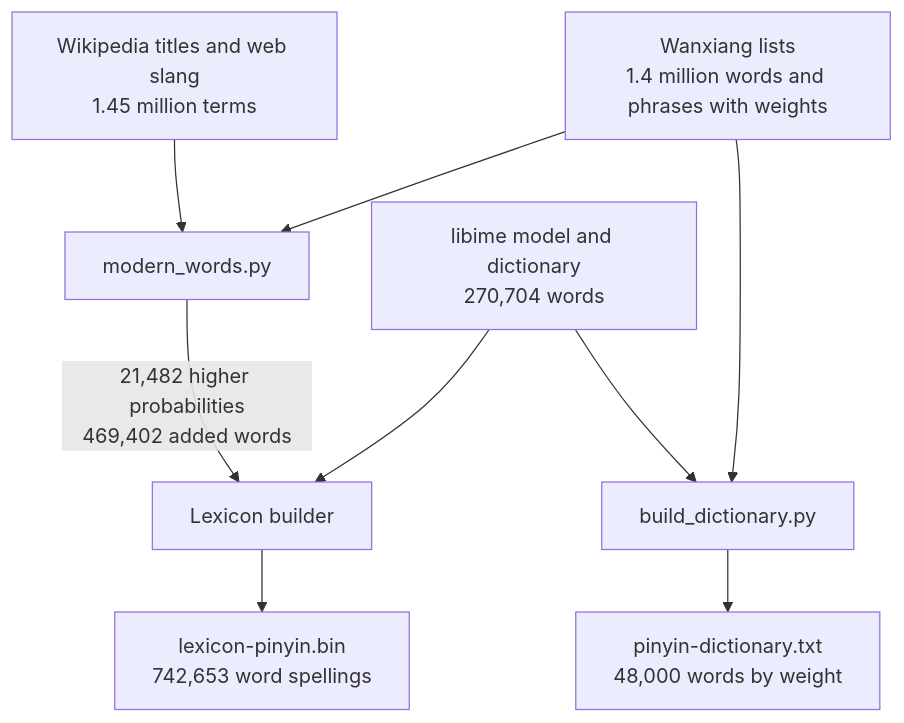
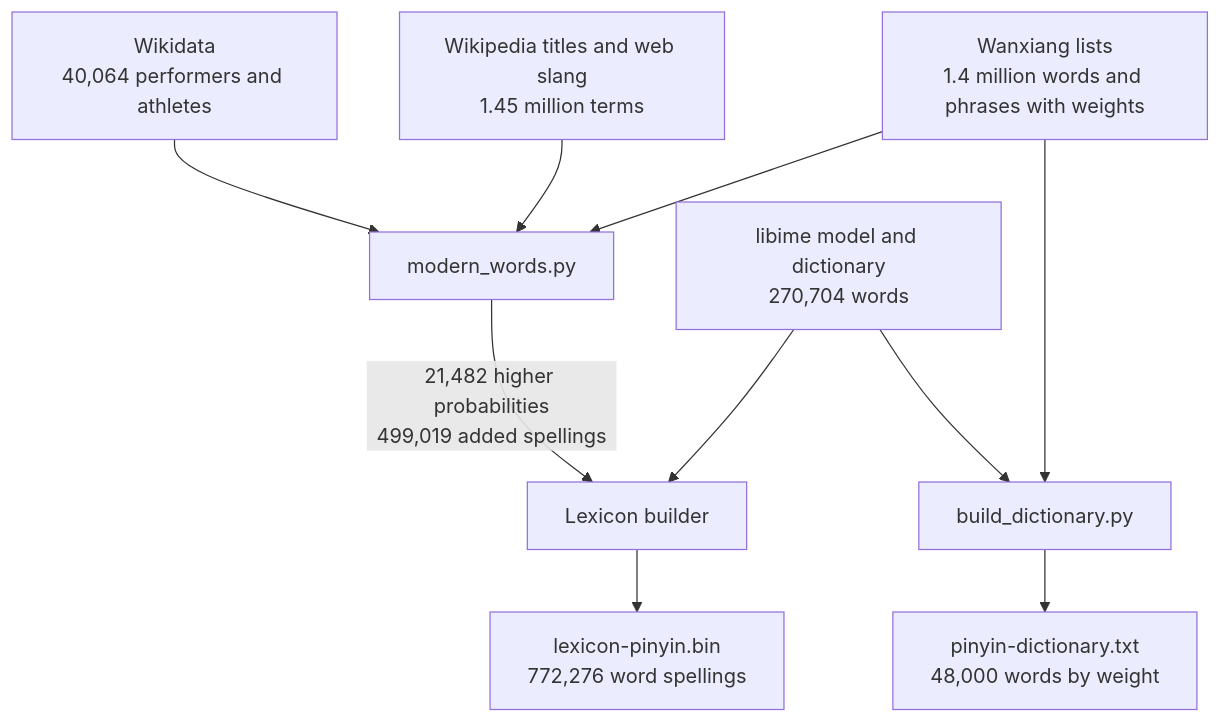
Before and after one commit to YilongJu/iphone-duo-keyboard: the diagram in docs/pinyin-modern-words.md, drawn with Mermaid. The commit also changed other lines of this file and 13 other files, not shown here.

First line of the commit message:
Add the names of performers and athletes to the Chinese lexicon

````diff
--- a/docs/pinyin-modern-words.md
+++ b/docs/pinyin-modern-words.md
@@ -31,11 +31,12 @@
 ```mermaid
 flowchart TD
     A["libime model and dictionary<br/>270,704 words"] --> D["Lexicon builder"]
     B["Wanxiang lists<br/>1.4 million words and phrases with weights"] --> C["modern_words.py"]
     W["Wikipedia titles and web slang<br/>1.45 million terms"] --> C
-    C -->|"21,482 higher probabilities<br/>469,402 added words"| D
-    D --> E["lexicon-pinyin.bin<br/>742,653 word spellings"]
+    P["Wikidata<br/>40,064 performers and athletes"] --> C
+    C -->|"21,482 higher probabilities<br/>499,019 added spellings"| D
+    D --> E["lexicon-pinyin.bin<br/>772,276 word spellings"]
     B --> F["build_dictionary.py"]
     A --> F
     F --> G["pinyin-dictionary.txt<br/>48,000 words by weight"]
 ```
````
